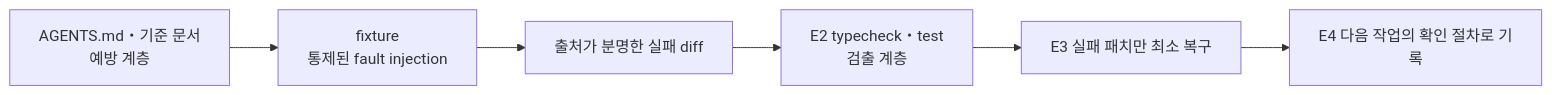
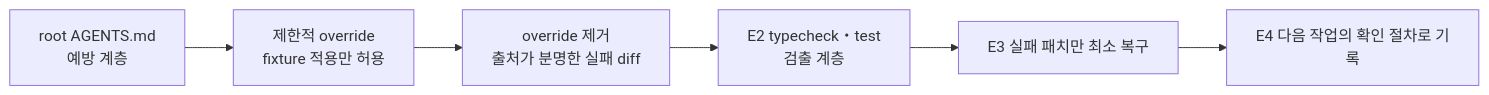
Before and after one commit to RainaKim/order-ops: the diagram in labs/lecture13/README.md, drawn with Mermaid. The commit also changed other lines of this file and 1 other file, not shown here.

Commit message:
docs: scope lab 13 fault injection override

````diff
--- a/labs/lecture13/README.md
+++ b/labs/lecture13/README.md
@@ -36,6 +37,6 @@
 ```mermaid
 flowchart LR
-  A["AGENTS.md・기준 문서<br/>예방 계층"] --> B["fixture<br/>통제된 fault injection"]
-  B --> C["출처가 분명한 실패 diff"] --> D["E2 typecheck・test<br/>검출 계층"]
+  A["root AGENTS.md<br/>예방 계층"] --> B["제한적 override<br/>fixture 적용만 허용"]
+  B --> C["override 제거<br/>출처가 분명한 실패 diff"] --> D["E2 typecheck・test<br/>검출 계층"]
   D --> E["E3 실패 패치만 최소 복구"] --> F["E4 다음 작업의 확인 절차로 기록"]
 ```
````
